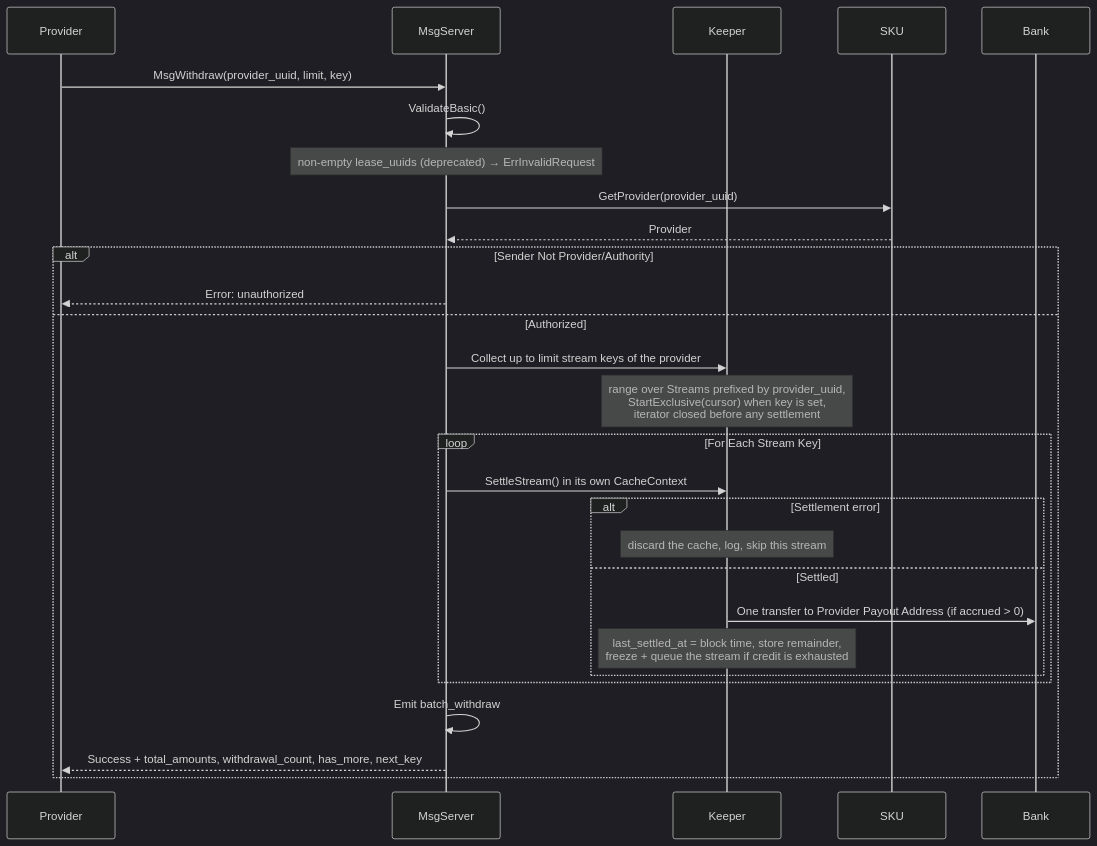
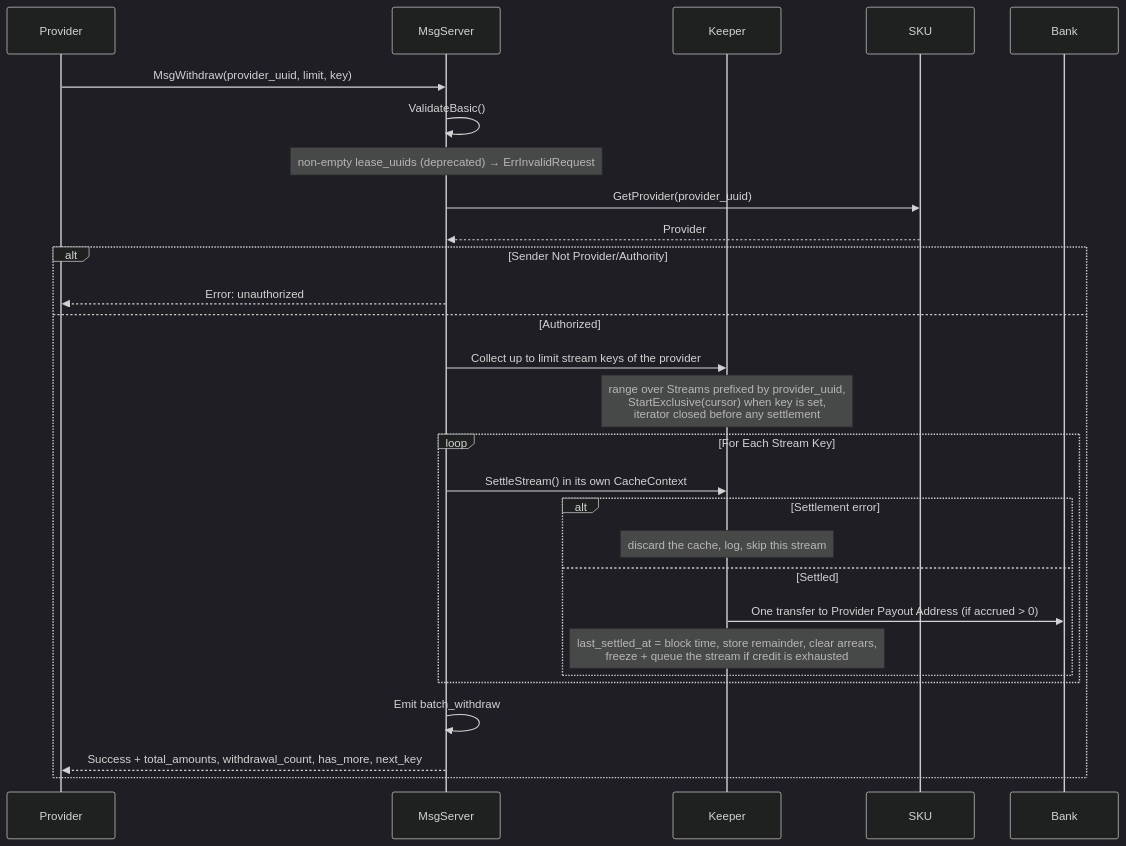
One commit to manifest-network/manifest-ledger changed diagram 11 of 13 in x/billing/docs/ARCHITECTURE.md. Above: the diagram before and after it, drawn with Mermaid (dark theme). The commit also changed other lines of this file and 24 other files, not shown here.

First line of the commit message:
fix(billing): keep unpaid amounts as stream arrears; migration moves no coins (ENG-473)

````diff
--- a/x/billing/docs/ARCHITECTURE.md
+++ b/x/billing/docs/ARCHITECTURE.md
@@ -564,35 +567,35 @@
 ```mermaid
 sequenceDiagram
     participant Provider
     participant MsgServer
     participant Keeper
     participant SKU
     participant Bank
     
     Provider->>MsgServer: MsgWithdraw(provider_uuid, limit, key)
     MsgServer->>MsgServer: ValidateBasic()
     Note over MsgServer: non-empty lease_uuids (deprecated) → ErrInvalidRequest
     
     MsgServer->>SKU: GetProvider(provider_uuid)
     SKU-->>MsgServer: Provider
     
     alt Sender Not Provider/Authority
         MsgServer-->>Provider: Error: unauthorized
     else Authorized
         MsgServer->>Keeper: Collect up to limit stream keys of the provider
         Note over Keeper: range over Streams prefixed by provider_uuid,<br/>StartExclusive(cursor) when key is set,<br/>iterator closed before any settlement
         
         loop For Each Stream Key
             MsgServer->>Keeper: SettleStream() in its own CacheContext
             alt Settlement error
                 Note over Keeper: discard the cache, log, skip this stream
             else Settled
                 Keeper->>Bank: One transfer to Provider Payout Address (if accrued > 0)
-                Note over Keeper: last_settled_at = block time, store remainder,<br/>freeze + queue the stream if credit is exhausted
+                Note over Keeper: last_settled_at = block time, store remainder, clear arrears,<br/>freeze + queue the stream if credit is exhausted
             end
         end
         
         MsgServer->>MsgServer: Emit batch_withdraw
         MsgServer-->>Provider: Success + total_amounts, withdrawal_count, has_more, next_key
     end
 ```
````
